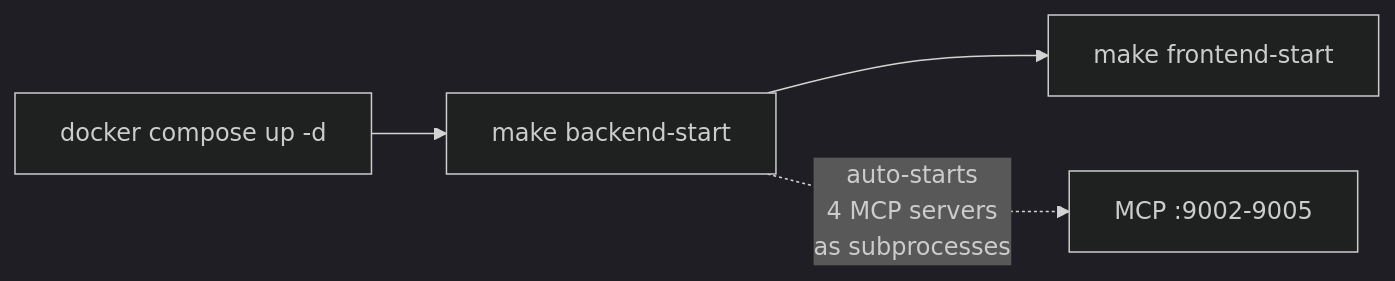
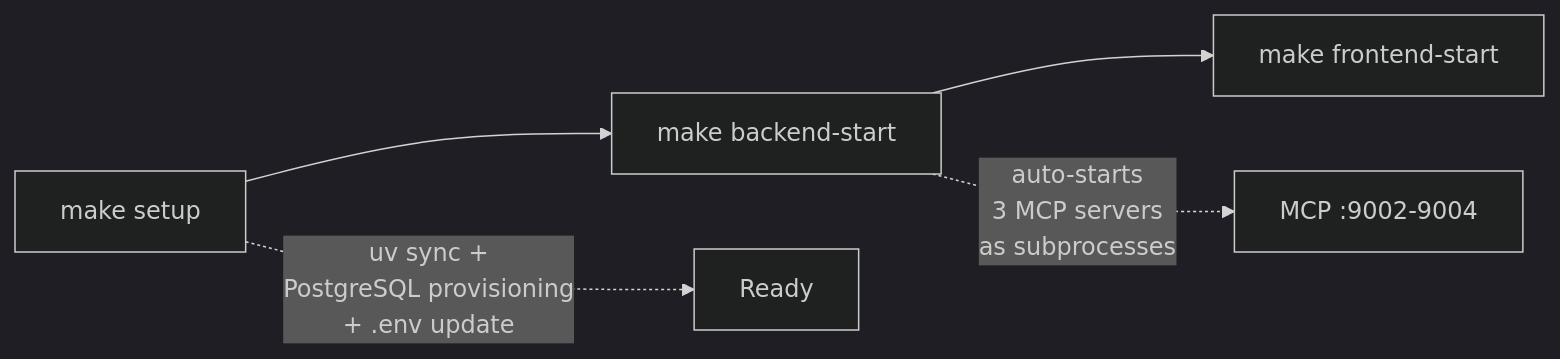
One commit to hyogrin/rhoai-custom-research-lab changed the second of 2 diagrams in README.md. Above: the diagram before and after it, drawn with Mermaid (dark theme). The commit also changed other lines of this file and 30 other files, not shown here.

````diff
--- a/README.md
+++ b/README.md
@@ -145,6 +155,7 @@
 ```mermaid
 flowchart LR
-    A["docker compose up -d"] --> B["make backend-start"]
+    A["make setup"] --> B["make backend-start"]
     B --> C["make frontend-start"]
-    B -. "auto-starts\n4 MCP servers\nas subprocesses" .-> D["MCP :9002-9005"]
+    A -. "uv sync +\nPostgreSQL provisioning\n+ .env update" .-> E["Ready"]
+    B -. "auto-starts\n3 MCP servers\nas subprocesses" .-> D["MCP :9002-9004"]
 ```
````
